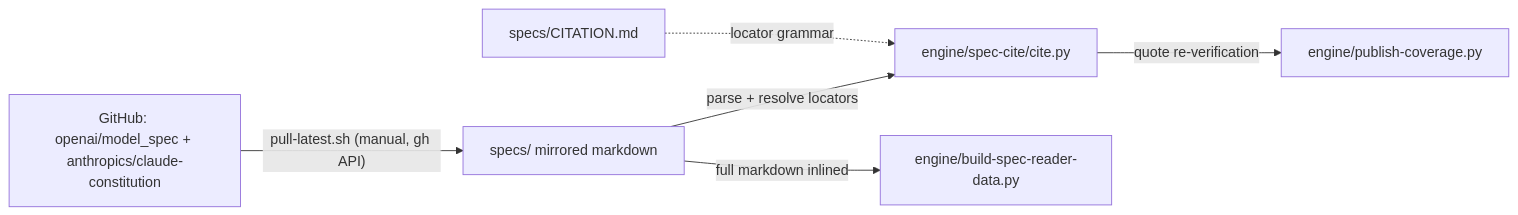
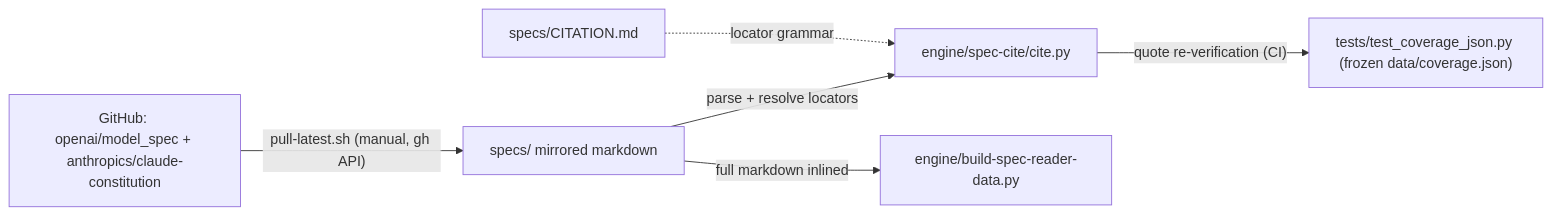
The diagram in specs/OVERVIEW.md (AndresCotton/ai-character-index), drawn with Mermaid before and after one commit. The commit also changed other lines of this file and 30 other files, not shown here.

````diff
--- a/specs/OVERVIEW.md
+++ b/specs/OVERVIEW.md
@@ -21,8 +21,8 @@
 ```mermaid
 graph LR
   upstream["GitHub: openai/model_spec + anthropics/claude-constitution"] -->|"pull-latest.sh (manual, gh API)"| mirrors["specs/ mirrored markdown"]
   mirrors -->|"parse + resolve locators"| cite["engine/spec-cite/cite.py"]
   citation["specs/CITATION.md"] -.->|"locator grammar"| cite
-  cite -->|"quote re-verification"| publish["engine/publish-coverage.py"]
+  cite -->|"quote re-verification (CI)"| coverage["tests/test_coverage_json.py (frozen data/coverage.json)"]
   mirrors -->|"full markdown inlined"| build["engine/build-spec-reader-data.py"]
 ```
````
